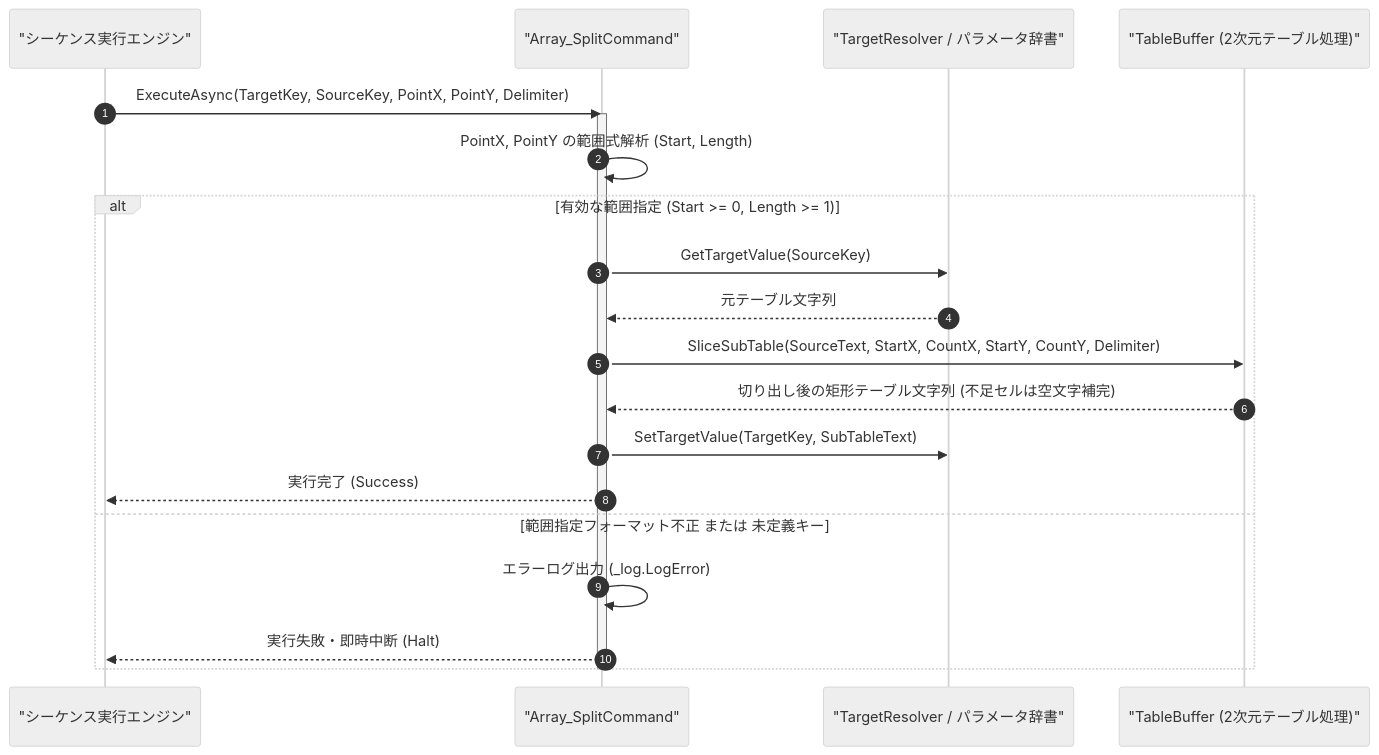
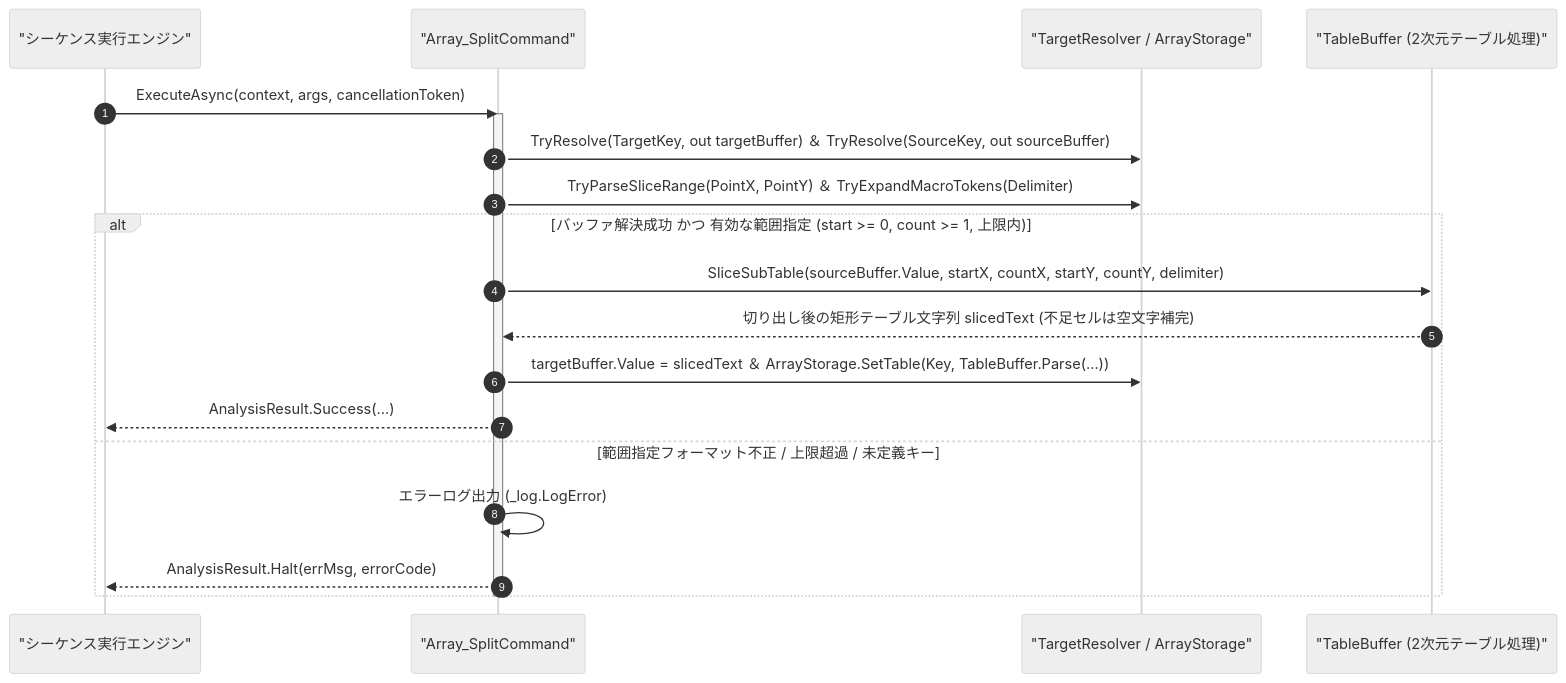
Before and after one commit to Monaca-App/TermAddIn: the diagram in Manual/Core/Array/Array_Split.Md, drawn with Mermaid (neutral theme). The commit also changed other lines of this file and 157 other files, not shown here.

````diff
--- a/Manual/Core/Array/Array_Split.Md
+++ b/Manual/Core/Array/Array_Split.Md
@@ -69,24 +69,23 @@
 ```mermaid
 sequenceDiagram
     autonumber
     participant Engine as "シーケンス実行エンジン"
     participant Cmd as "Array_SplitCommand"
-    participant Target as "TargetResolver / パラメータ辞書"
+    participant Target as "TargetResolver / ArrayStorage"
     participant Buffer as "TableBuffer (2次元テーブル処理)"
 
-    Engine->>Cmd: ExecuteAsync(TargetKey, SourceKey, PointX, PointY, Delimiter)
+    Engine->>Cmd: ExecuteAsync(context, args, cancellationToken)
     activate Cmd
-    Cmd->>Cmd: PointX, PointY の範囲式解析 (Start, Length)
-    alt 有効な範囲指定 (Start >= 0, Length >= 1)
-        Cmd->>Target: GetTargetValue(SourceKey)
-        Target-->>Cmd: 元テーブル文字列
-        Cmd->>Buffer: SliceSubTable(SourceText, StartX, CountX, StartY, CountY, Delimiter)
-        Buffer-->>Cmd: 切り出し後の矩形テーブル文字列 (不足セルは空文字補完)
-        Cmd->>Target: SetTargetValue(TargetKey, SubTableText)
-        Cmd-->>Engine: 実行完了 (Success)
-    else 範囲指定フォーマット不正 または 未定義キー
+    Cmd->>Target: TryResolve(TargetKey, out targetBuffer) ＆ TryResolve(SourceKey, out sourceBuffer)
+    Cmd->>Target: TryParseSliceRange(PointX, PointY) ＆ TryExpandMacroTokens(Delimiter)
+    alt バッファ解決成功 かつ 有効な範囲指定 (start >= 0, count >= 1, 上限内)
+        Cmd->>Buffer: SliceSubTable(sourceBuffer.Value, startX, countX, startY, countY, delimiter)
+        Buffer-->>Cmd: 切り出し後の矩形テーブル文字列 slicedText (不足セルは空文字補完)
+        Cmd->>Target: targetBuffer.Value = slicedText ＆ ArrayStorage.SetTable(Key, TableBuffer.Parse(...))
+        Cmd-->>Engine: AnalysisResult.Success(...)
+    else 範囲指定フォーマット不正 / 上限超過 / 未定義キー
         Cmd->>Cmd: エラーログ出力 (_log.LogError)
-        Cmd-->>Engine: 実行失敗・即時中断 (Halt)
+        Cmd-->>Engine: AnalysisResult.Halt(errMsg, errorCode)
     end
     deactivate Cmd
 ```
````
